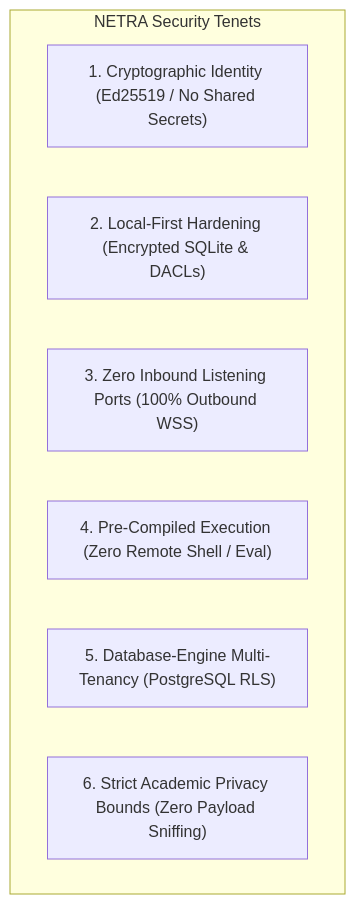
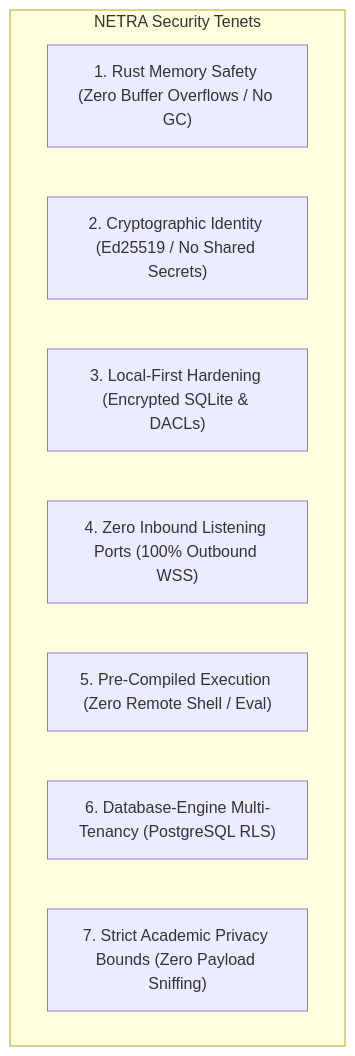
Before and after one commit to Subhadip-Paul2006/NETRA-Backend: the first of 3 diagrams in docs/SECURITY_CHECK.md, drawn with Mermaid. The commit also changed other lines of this file and 13 other files, not shown here.

Commit message:
docs: finalize Rust-first systems architecture lock across all 16 specifications

````diff
--- a/docs/SECURITY_CHECK.md
+++ b/docs/SECURITY_CHECK.md
@@ -30,11 +31,12 @@
 ```mermaid
 flowchart TD
     subgraph ZeroTrust["NETRA Security Tenets"]
-        T1["1. Cryptographic Identity (Ed25519 / No Shared Secrets)"]
-        T2["2. Local-First Hardening (Encrypted SQLite & DACLs)"]
-        T3["3. Zero Inbound Listening Ports (100% Outbound WSS)"]
-        T4["4. Pre-Compiled Execution (Zero Remote Shell / Eval)"]
-        T5["5. Database-Engine Multi-Tenancy (PostgreSQL RLS)"]
-        T6["6. Strict Academic Privacy Bounds (Zero Payload Sniffing)"]
+        T1["1. Rust Memory Safety (Zero Buffer Overflows / No GC)"]
+        T2["2. Cryptographic Identity (Ed25519 / No Shared Secrets)"]
+        T3["3. Local-First Hardening (Encrypted SQLite & DACLs)"]
+        T4["4. Zero Inbound Listening Ports (100% Outbound WSS)"]
+        T5["5. Pre-Compiled Execution (Zero Remote Shell / Eval)"]
+        T6["6. Database-Engine Multi-Tenancy (PostgreSQL RLS)"]
+        T7["7. Strict Academic Privacy Bounds (Zero Payload Sniffing)"]
     end
 ```
````
